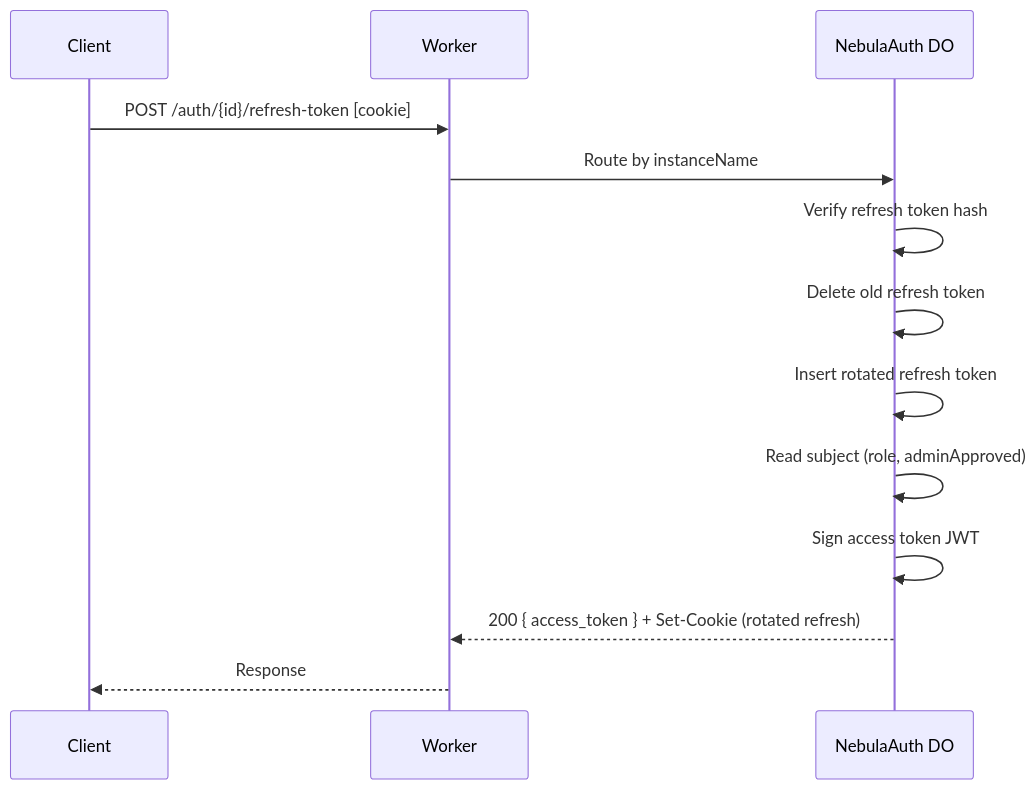
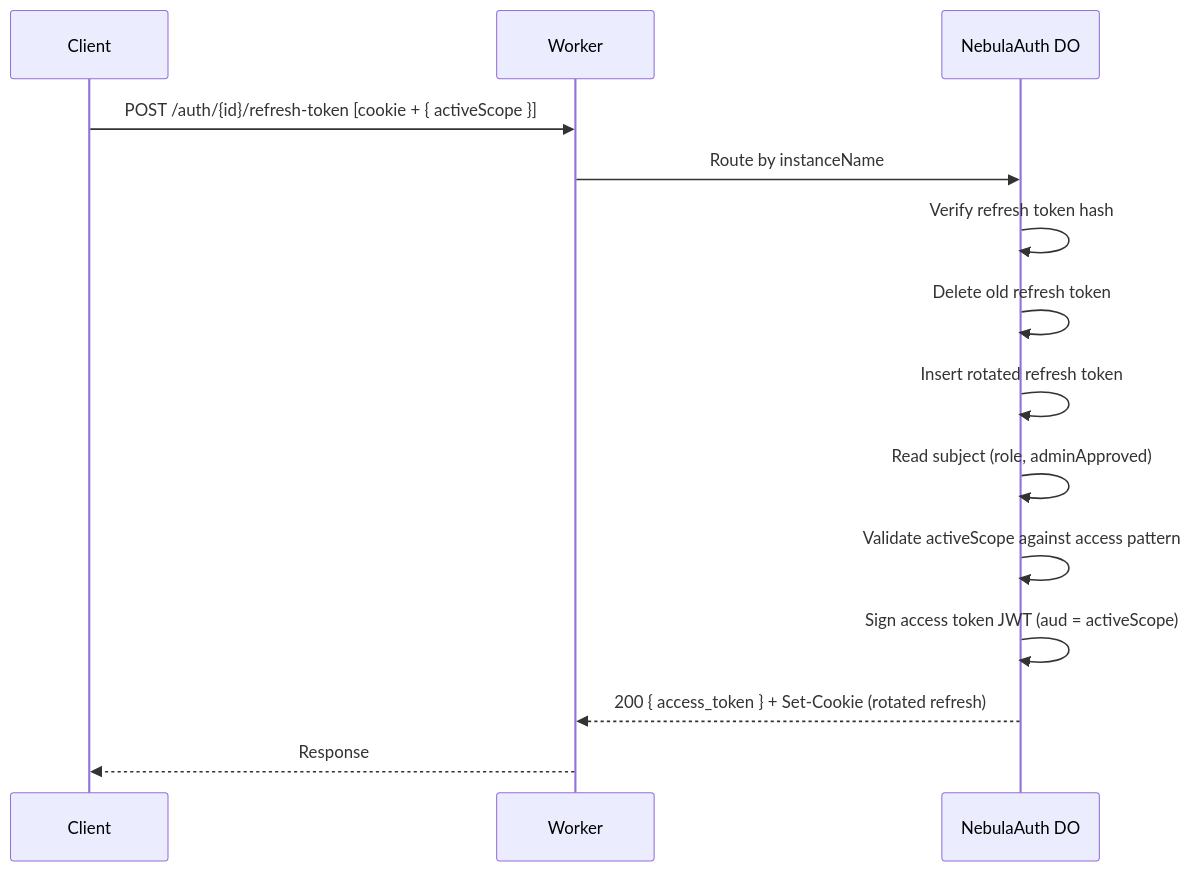
One commit to lumenize/lumenize changed the first of 8 diagrams in packages/nebula-auth/README.md. Above: the diagram before and after it, drawn with Mermaid. The commit also changed other lines of this file and 16 other files, not shown here.

````diff
--- a/packages/nebula-auth/README.md
+++ b/packages/nebula-auth/README.md
@@ -135,16 +135,17 @@
 ```mermaid
 sequenceDiagram
     participant C as Client
     participant W as Worker
     participant NA as NebulaAuth DO
 
-    C->>W: POST /auth/{id}/refresh-token [cookie]
+    C->>W: POST /auth/{id}/refresh-token [cookie + { activeScope }]
     W->>NA: Route by instanceName
     NA->>NA: Verify refresh token hash
     NA->>NA: Delete old refresh token
     NA->>NA: Insert rotated refresh token
     NA->>NA: Read subject (role, adminApproved)
-    NA->>NA: Sign access token JWT
+    NA->>NA: Validate activeScope against access pattern
+    NA->>NA: Sign access token JWT (aud = activeScope)
     NA-->>W: 200 { access_token } + Set-Cookie (rotated refresh)
     W-->>C: Response
 ```
````
